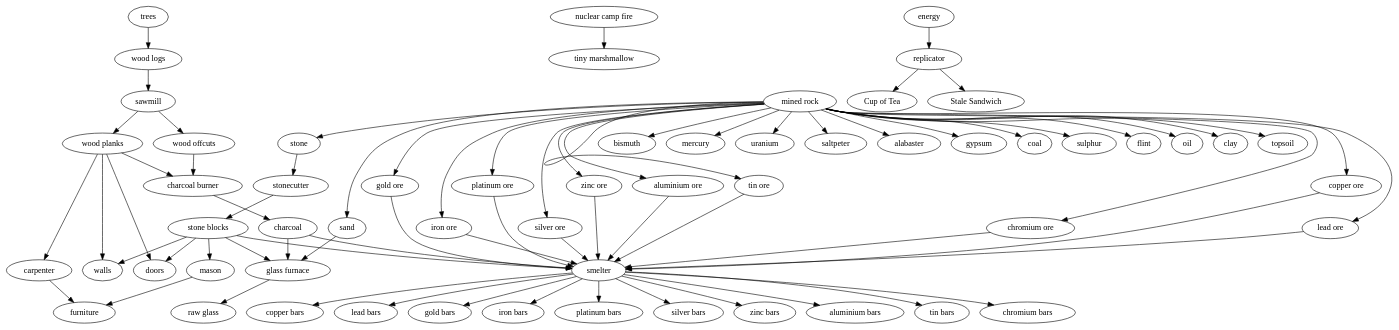
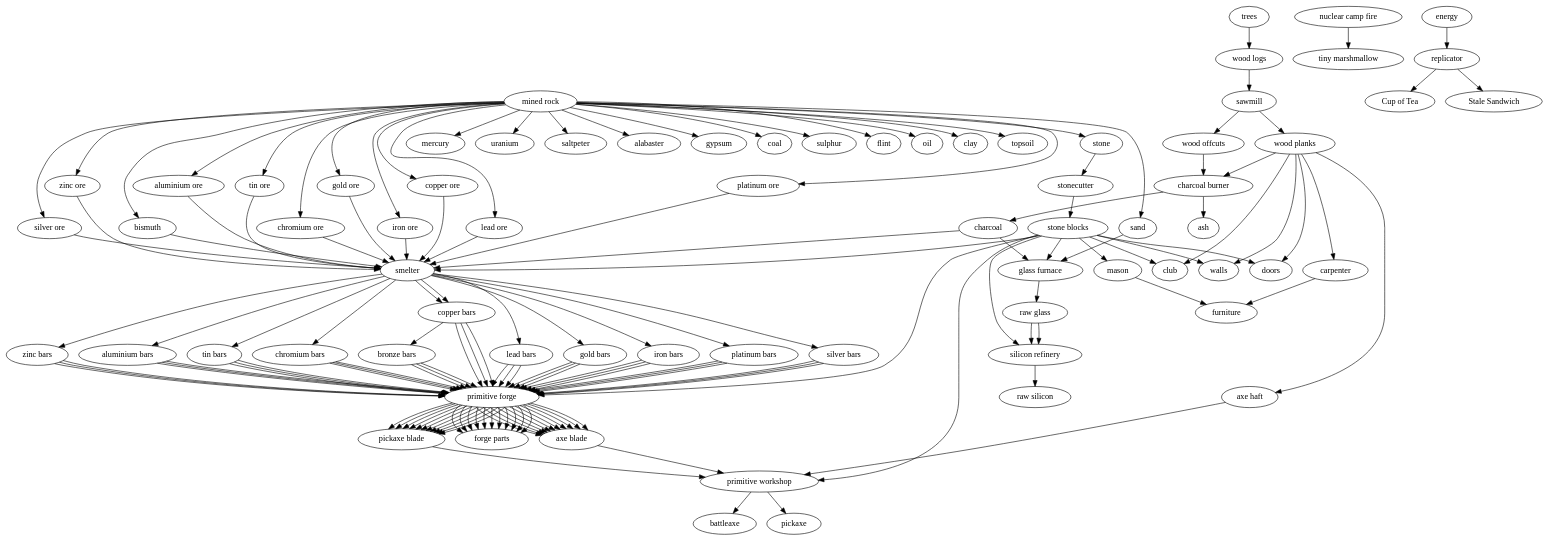
One commit to thebracket/bgame changed the diagram in screenshots/tech-tree.gv. Above: the diagram before and after it, drawn with Graphviz. The commit also changed 6 other files, not shown here.

Commit message:
Update tech tree, many more options now including primitive forge, primitive workshop, making axes.

```diff
--- a/screenshots/tech-tree.gv
+++ b/screenshots/tech-tree.gv
@@ -1,61 +1,112 @@
 digraph G {
 	trees -> "wood logs" -> sawmill -> "wood planks" -> carpenter -> furniture
 	"wood planks" -> "charcoal burner"
 	"wood planks" -> walls
 	"wood planks" -> doors
+	"wood planks" -> club
+	"wood planks" -> "axe haft"
 	sawmill -> "wood offcuts" -> "charcoal burner" -> charcoal
+	"charcoal burner" -> ash
 
 	stone -> stonecutter -> "stone blocks" -> mason -> furniture
 	"stone blocks" -> "glass furnace"
 	"stone blocks" -> smelter
 	"stone blocks" -> walls
 	"stone blocks" -> doors
+	"stone blocks" -> club
 
 	sand -> "glass furnace" -> "raw glass"
+	"raw glass" -> "silicon refinery"
+	"stone blocks" -> "silicon refinery"
+	"raw glass" -> "silicon refinery" -> "raw silicon"
 
 	charcoal -> smelter
 	charcoal -> "glass furnace"
+
+	"stone blocks" -> "primitive forge"
+	"stone blocks" -> "primitive workshop"
 
 	"mined rock" -> stone
 	"mined rock" -> "aluminium ore"
 	"mined rock" -> "tin ore"
 	"mined rock" -> "chromium ore"
 	"mined rock" -> "copper ore"
 	"mined rock" -> "lead ore"
 	"mined rock" -> "gold ore"
 	"mined rock" -> "iron ore"
 	"mined rock" -> "platinum ore"
 	"mined rock" -> "silver ore"
 	"mined rock" -> "zinc ore"
 	"mined rock" -> bismuth
 	"mined rock" -> mercury
 	"mined rock" -> uranium
 	"mined rock" -> saltpeter
 	"mined rock" -> alabaster
 	"mined rock" -> gypsum
 	"mined rock" -> coal
 	"mined rock" -> sulphur
 	"mined rock" -> flint
 	"mined rock" -> sand
 	"mined rock" -> oil
 	"mined rock" -> clay
 	"mined rock" -> topsoil
 
 	"aluminium ore" -> smelter -> "aluminium bars"
 	"tin ore" -> smelter -> "tin bars"
 	"chromium ore" -> smelter -> "chromium bars"
 	"copper ore" -> smelter -> "copper bars"
 	"lead ore" -> smelter -> "lead bars"
 	"gold ore" -> smelter -> "gold bars"
 	"iron ore" -> smelter -> "iron bars"
 	"platinum ore" -> smelter -> "platinum bars"
 	"silver ore" -> smelter -> "silver bars"
 	"zinc ore" -> smelter -> "zinc bars"
 
+	bismuth -> smelter -> "copper bars" -> "bronze bars"
+
 	"nuclear camp fire" -> "tiny marshmallow"
 
 	energy -> replicator
 	replicator -> "Cup of Tea"
 	replicator -> "Stale Sandwich"
 
+	"aluminium bars" -> "primitive forge" -> "axe blade"
+	"tin bars" -> "primitive forge" -> "axe blade"
+	"chromium bars" -> "primitive forge" -> "axe blade"
+	"copper bars" -> "primitive forge" -> "axe blade"
+	"lead bars" -> "primitive forge" -> "axe blade"
+	"gold bars" -> "primitive forge" -> "axe blade"
+	"iron bars" -> "primitive forge" -> "axe blade"
+	"platinum bars" -> "primitive forge" -> "axe blade"
+	"silver bars" -> "primitive forge" -> "axe blade"
+	"zinc bars" -> "primitive forge" -> "axe blade"
+	"bronze bars" -> "primitive forge" -> "axe blade"
+
+	"aluminium bars" -> "primitive forge" -> "pickaxe blade"
+	"tin bars" -> "primitive forge" -> "pickaxe blade"
+	"chromium bars" -> "primitive forge" -> "pickaxe blade"
+	"copper bars" -> "primitive forge" -> "pickaxe blade"
+	"lead bars" -> "primitive forge" -> "pickaxe blade"
+	"gold bars" -> "primitive forge" -> "pickaxe blade"
+	"iron bars" -> "primitive forge" -> "pickaxe blade"
+	"platinum bars" -> "primitive forge" -> "pickaxe blade"
+	"silver bars" -> "primitive forge" -> "pickaxe blade"
+	"zinc bars" -> "primitive forge" -> "pickaxe blade"
+	"bronze bars" -> "primitive forge" -> "pickaxe blade"
+
+	"axe blade" -> "primitive workshop" -> battleaxe
+	"axe haft" -> "primitive workshop"
+	"pickaxe blade" -> "primitive workshop" -> pickaxe
+
+	"aluminium bars" -> "primitive forge" -> "forge parts"
+	"tin bars" -> "primitive forge" -> "forge parts"
+	"chromium bars" -> "primitive forge" -> "forge parts"
+	"copper bars" -> "primitive forge" -> "forge parts"
+	"lead bars" -> "primitive forge" -> "forge parts"
+	"gold bars" -> "primitive forge" -> "forge parts"
+	"iron bars" -> "primitive forge" -> "forge parts"
+	"platinum bars" -> "primitive forge" -> "forge parts"
+	"silver bars" -> "primitive forge" -> "forge parts"
+	"zinc bars" -> "primitive forge" -> "forge parts"
+	"bronze bars" -> "primitive forge" -> "forge parts"
 }
```
